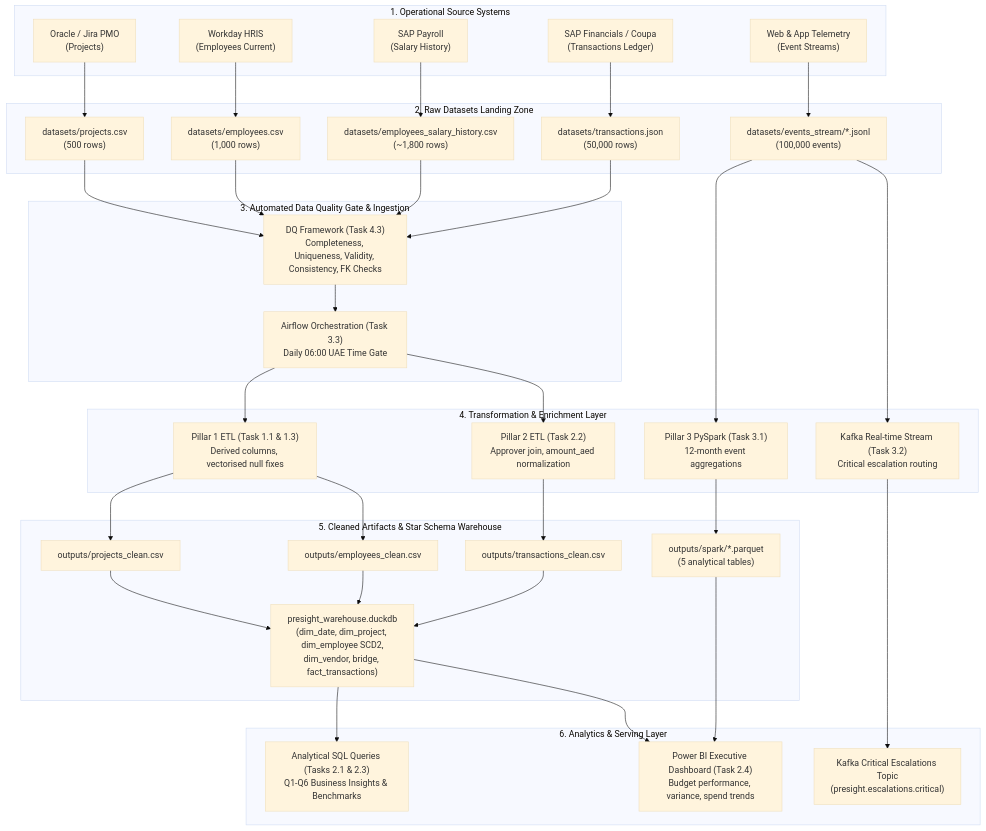
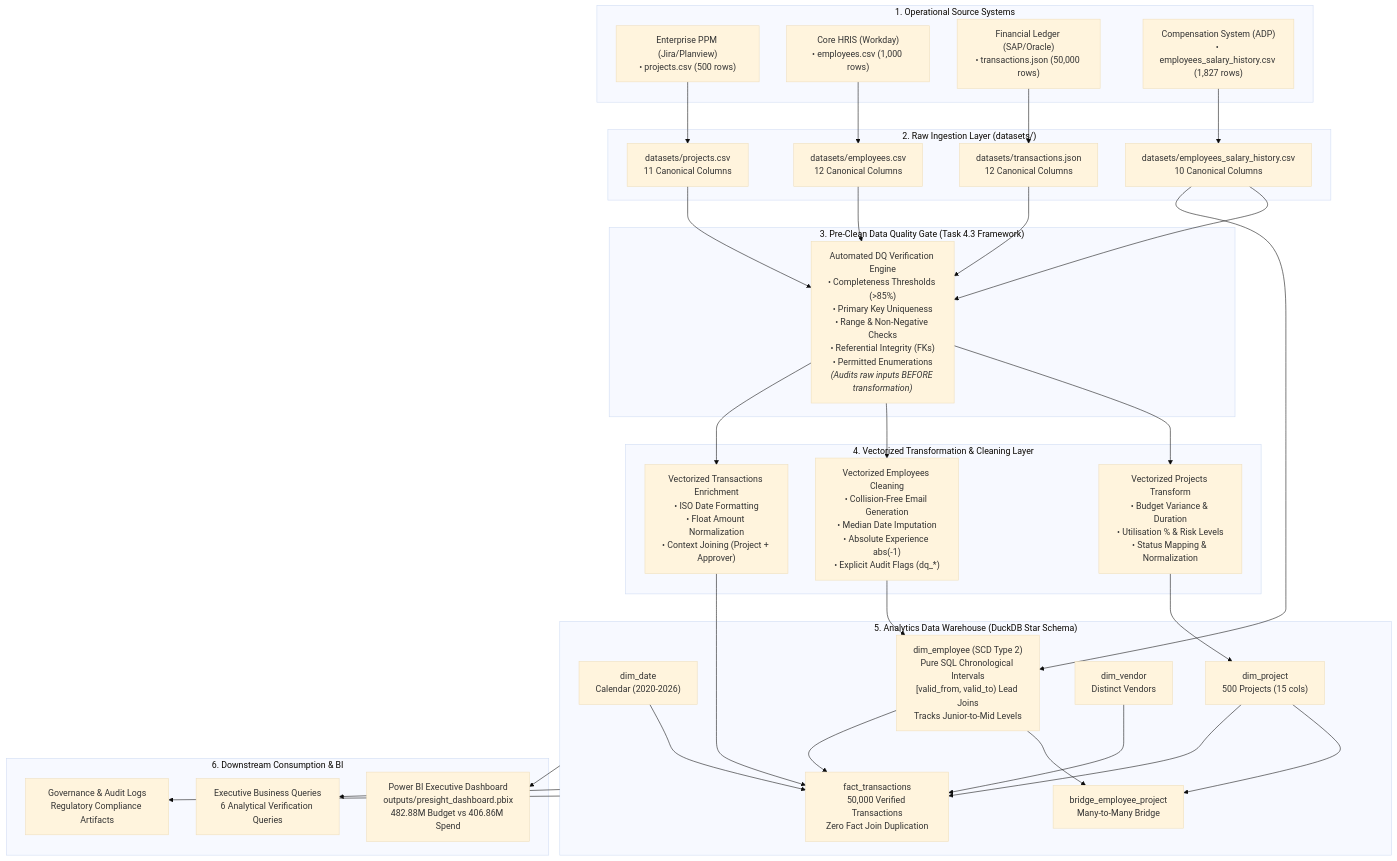
The diagram in solutions/submissions/Akhilesh/04_infrastructure/4.3_data_governance_document.md (AkhileshChoudhury44/stackup-engineering-academy_assessment-main), drawn with Mermaid (base theme) before and after one commit. The commit also changed other lines of this file and 4 other files, not shown here.

````diff
--- a/solutions/submissions/Akhilesh/04_infrastructure/4.3_data_governance_document.md
+++ b/solutions/submissions/Akhilesh/04_infrastructure/4.3_data_governance_document.md
@@ -153,64 +159,72 @@
 ```mermaid
 flowchart TD
     subgraph OperationalSources["1. Operational Source Systems"]
-        S1["Oracle / Jira PMO<br/>(Projects)"]
-        S2["Workday HRIS<br/>(Employees Current)"]
-        S3["SAP Payroll<br/>(Salary History)"]
-        S4["SAP Financials / Coupa<br/>(Transactions Ledger)"]
-        S5["Web & App Telemetry<br/>(Event Streams)"]
+        S_Jira["Enterprise PPM (Jira/Planview)<br/>• projects.csv (500 rows)"]
+        S_HRIS["Core HRIS (Workday)<br/>• employees.csv (1,000 rows)"]
+        S_ERP["Financial Ledger (SAP/Oracle)<br/>• transactions.json (50,000 rows)"]
+        S_Pay["Compensation System (ADP)<br/>• employees_salary_history.csv (1,827 rows)"]
     end
 
-    subgraph RawExtracts["2. Raw Datasets Landing Zone"]
-        R1["datasets/projects.csv<br/>(500 rows)"]
-        R2["datasets/employees.csv<br/>(1,000 rows)"]
-        R3["datasets/employees_salary_history.csv<br/>(~1,800 rows)"]
-        R4["datasets/transactions.json<br/>(50,000 rows)"]
-        R5["datasets/events_stream/*.jsonl<br/>(100,000 events)"]
+    subgraph RawIngestion["2. Raw Ingestion Layer (datasets/)"]
+        R_Proj["datasets/projects.csv<br/>11 Canonical Columns"]
+        R_Emp["datasets/employees.csv<br/>12 Canonical Columns"]
+        R_Txn["datasets/transactions.json<br/>12 Canonical Columns"]
+        R_Hist["datasets/employees_salary_history.csv<br/>10 Canonical Columns"]
     end
 
-    subgraph DQGate["3. Automated Data Quality Gate & Ingestion"]
-        DQ["DQ Framework (Task 4.3)<br/>Completeness, Uniqueness, Validity, Consistency, FK Checks"]
-        Airflow["Airflow Orchestration (Task 3.3)<br/>Daily 06:00 UAE Time Gate"]
+    subgraph DQGate["3. Pre-Clean Data Quality Gate (Task 4.3 Framework)"]
+        DQ_Check["Automated DQ Verification Engine<br/>• Completeness Thresholds (&gt;85%)<br/>• Primary Key Uniqueness<br/>• Range &amp; Non-Negative Checks<br/>• Referential Integrity (FKs)<br/>• Permitted Enumerations<br/><i>(Audits raw inputs BEFORE transformation)</i>"]
     end
 
-    subgraph Transformations["4. Transformation & Enrichment Layer"]
-        T1["Pillar 1 ETL (Task 1.1 & 1.3)<br/>Derived columns, vectorised null fixes"]
-        T2["Pillar 2 ETL (Task 2.2)<br/>Approver join, amount_aed normalization"]
-        T3["Pillar 3 PySpark (Task 3.1)<br/>12-month event aggregations"]
-        T4["Kafka Real-time Stream (Task 3.2)<br/>Critical escalation routing"]
+    subgraph VectorizedETL["4. Vectorized Transformation &amp; Cleaning Layer"]
+        T_Proj["Vectorized Projects Transform<br/>• Budget Variance &amp; Duration<br/>• Utilisation % &amp; Risk Levels<br/>• Status Mapping &amp; Normalization"]
+        T_Emp["Vectorized Employees Cleaning<br/>• Collision-Free Email Generation<br/>• Median Date Imputation<br/>• Absolute Experience abs(-1)<br/>• Explicit Audit Flags (dq_*)"]
+        T_Txn["Vectorized Transactions Enrichment<br/>• ISO Date Formatting<br/>• Float Amount Normalization<br/>• Context Joining (Project + Approver)"]
     end
 
-    subgraph CleanWarehouse["5. Cleaned Artifacts & Star Schema Warehouse"]
-        W1["outputs/projects_clean.csv"]
-        W2["outputs/employees_clean.csv"]
-        W3["outputs/transactions_clean.csv"]
-        W4["presight_warehouse.duckdb<br/>(dim_date, dim_project, dim_employee SCD2,<br/>dim_vendor, bridge, fact_transactions)"]
-        W5["outputs/spark/*.parquet<br/>(5 analytical tables)"]
+    subgraph Warehouse["5. Analytics Data Warehouse (DuckDB Star Schema)"]
+        D_Date["dim_date<br/>Calendar (2020-2026)"]
+        D_Proj["dim_project<br/>500 Projects (15 cols)"]
+        D_Emp["dim_employee (SCD Type 2)<br/>Pure SQL Chronological Intervals<br/>[valid_from, valid_to) Lead Joins<br/>Tracks Junior-to-Mid Levels"]
+        D_Vend["dim_vendor<br/>Distinct Vendors"]
+        B_Bridge["bridge_employee_project<br/>Many-to-Many Bridge"]
+        F_Txn["fact_transactions<br/>50,000 Verified Transactions<br/>Zero Fact Join Duplication"]
     end
 
-    subgraph ServingLayer["6. Analytics & Serving Layer"]
-        BI["Power BI Executive Dashboard (Task 2.4)<br/>Budget performance, variance, spend trends"]
-        Rep["Analytical SQL Queries (Tasks 2.1 & 2.3)<br/>Q1-Q6 Business Insights & Benchmarks"]
-        Alert["Kafka Critical Escalations Topic<br/>(presight.escalations.critical)"]
+    subgraph Analytics["6. Downstream Consumption &amp; BI"]
+        BI_Dash["Power BI Executive Dashboard<br/>outputs/presight_dashboard.pbix<br/>482.88M Budget vs 406.86M Spend"]
+        SQL_Rpt["Executive Business Queries<br/>6 Analytical Verification Queries"]
+        DG_Audit["Governance &amp; Audit Logs<br/>Regulatory Compliance Artifacts"]
     end
 
-    S1 --> R1
-    S2 --> R2
-    S3 --> R3
-    S4 --> R4
-    S5 --> R5
+    S_Jira --> R_Proj
+    S_HRIS --> R_Emp
+    S_ERP --> R_Txn
+    S_Pay --> R_Hist
 
-    R1 & R2 & R3 & R4 --> DQ
-    DQ --> Airflow
-    Airflow --> T1 & T2
-    R5 --> T3 & T4
+    R_Proj --> DQ_Check
+    R_Emp --> DQ_Check
+    R_Txn --> DQ_Check
+    R_Hist --> DQ_Check
 
-    T1 --> W1 & W2
-    T2 --> W3
-    W1 & W2 & W3 --> W4
-    T3 --> W5
-    T4 --> Alert
+    DQ_Check --> T_Proj
+    DQ_Check --> T_Emp
+    DQ_Check --> T_Txn
+    R_Hist --> D_Emp
 
-    W4 --> Rep
-    W4 & W5 --> BI
+    T_Proj --> D_Proj
+    T_Emp --> D_Emp
+    T_Txn --> F_Txn
+
+    D_Proj --> B_Bridge
+    D_Emp --> B_Bridge
+
+    D_Date --> F_Txn
+    D_Proj --> F_Txn
+    D_Emp --> F_Txn
+    D_Vend --> F_Txn
+
+    Warehouse --> BI_Dash
+    Warehouse --> SQL_Rpt
+    Warehouse --> DG_Audit
 ```
````
